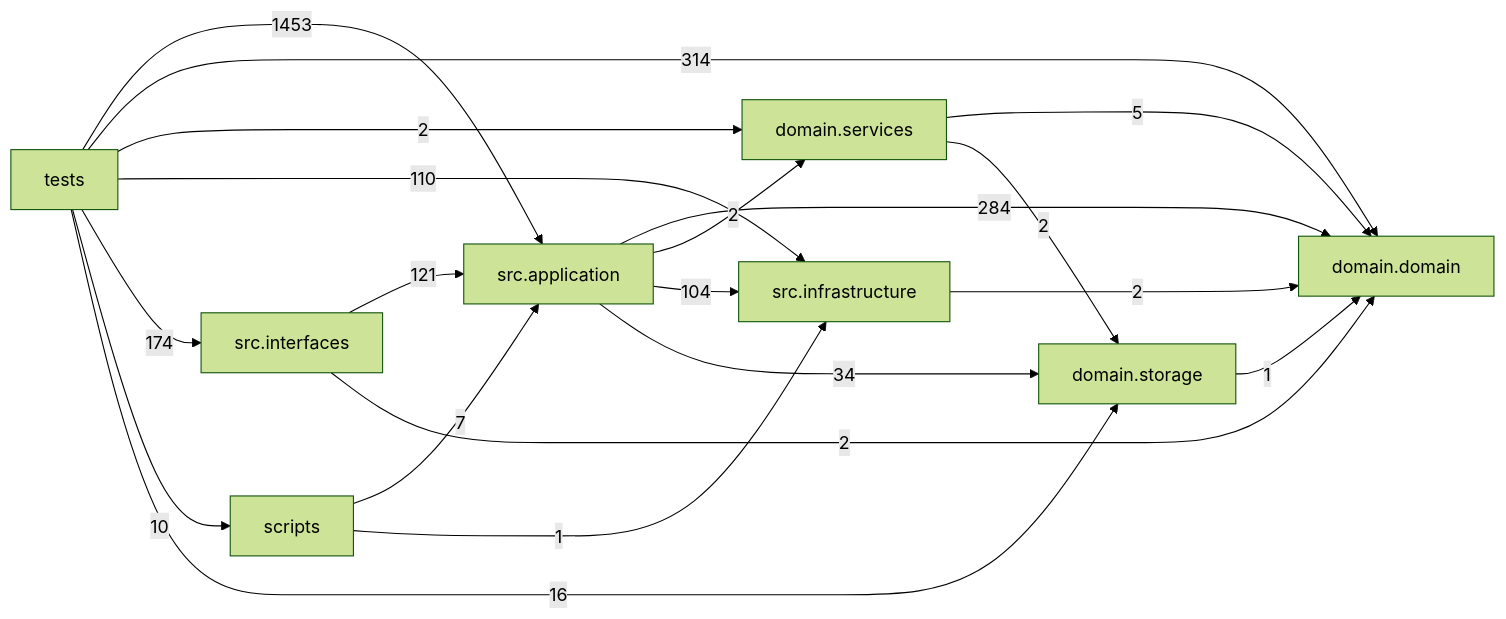
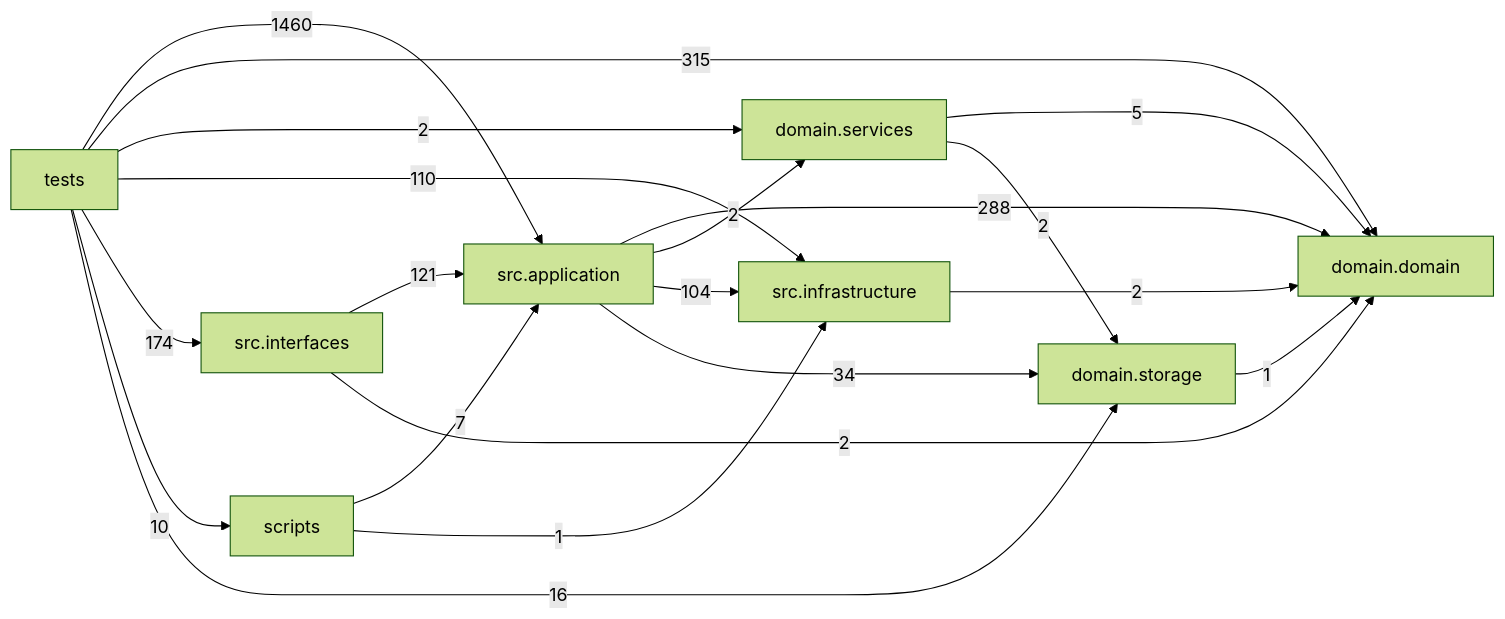
One commit to liuxie066/options-monitor changed the diagram in docs/DEPENDENCY_GRAPH.md. Above: the diagram before and after it, drawn with Mermaid (forest theme). The commit also changed other lines of this file and 73 other files, not shown here.

````diff
--- a/docs/DEPENDENCY_GRAPH.md
+++ b/docs/DEPENDENCY_GRAPH.md
@@ -24,30 +24,30 @@
 ```mermaid
 flowchart LR
   tests["tests"]
   scripts["scripts"]
   interfaces["src.interfaces"]
   application["src.application"]
   infrastructure["src.infrastructure"]
   domain_services["domain.services"]
   domain["domain.domain"]
   storage["domain.storage"]
-  application -->|284| domain
+  application -->|288| domain
   application -->|2| domain_services
   application -->|104| infrastructure
   application -->|34| storage
   domain_services -->|5| domain
   domain_services -->|2| storage
   infrastructure -->|2| domain
   interfaces -->|121| application
   interfaces -->|2| domain
   scripts -->|7| application
   scripts -->|1| infrastructure
   storage -->|1| domain
-  tests -->|1453| application
-  tests -->|314| domain
+  tests -->|1460| application
+  tests -->|315| domain
   tests -->|2| domain_services
   tests -->|110| infrastructure
   tests -->|174| interfaces
   tests -->|10| scripts
   tests -->|16| storage
 ```
````
